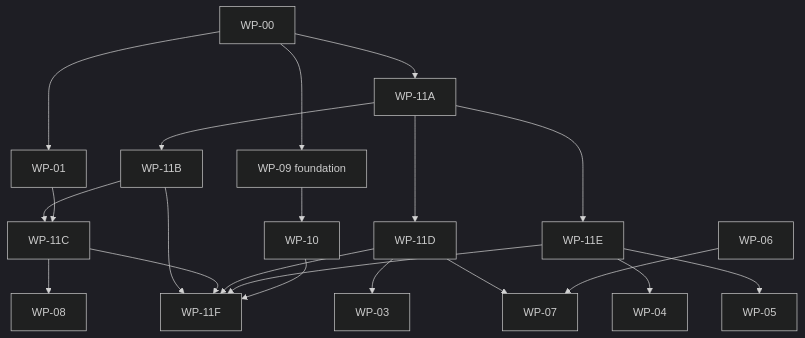
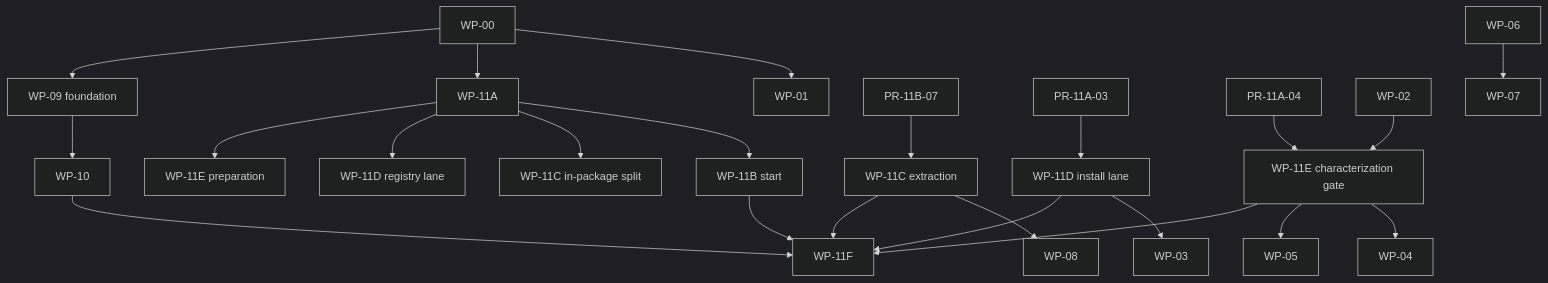
One commit to applicate2628/mcp-local-hub changed the diagram in docs/modernization/roadmap.md. Above: the diagram before and after it, drawn with Mermaid (dark theme). The commit also changed other lines of this file and 9 other files, not shown here.

Commit message:
docs(modernization): address canonical roadmap review

````diff
--- a/docs/modernization/roadmap.md
+++ b/docs/modernization/roadmap.md
@@ -34,23 +50,25 @@
 ```mermaid
 graph TD
     W0[WP-00] --> W1[WP-01]
     W0 --> A[WP-11A]
     W0 --> W9[WP-09 foundation]
-    A --> B[WP-11B]
-    A --> D[WP-11D]
-    A --> E[WP-11E]
-    B --> C[WP-11C]
-    W1 --> C
-    D --> W3[WP-03]
-    D --> W7[WP-07]
-    E --> W4[WP-04]
-    E --> W5[WP-05]
-    C --> W8[WP-08]
-    W6[WP-06] --> W7
+    A --> B[WP-11B start]
+    A --> C0[WP-11C in-package split]
+    A --> D0[WP-11D registry lane]
+    A --> E0[WP-11E preparation]
+    B7[PR-11B-07] --> C1[WP-11C extraction]
+    A3[PR-11A-03] --> D1[WP-11D install lane]
+    A4[PR-11A-04] --> E1[WP-11E characterization gate]
+    W2[WP-02] --> E1
+    C1 --> W8[WP-08]
+    D1 --> W3[WP-03]
+    E1 --> W4[WP-04]
+    E1 --> W5[WP-05]
+    W6[WP-06] --> W7[WP-07]
     W9 --> W10[WP-10]
     B --> F[WP-11F]
-    C --> F
-    D --> F
-    E --> F
+    C1 --> F
+    D1 --> F
+    E1 --> F
     W10 --> F
 ```
````
